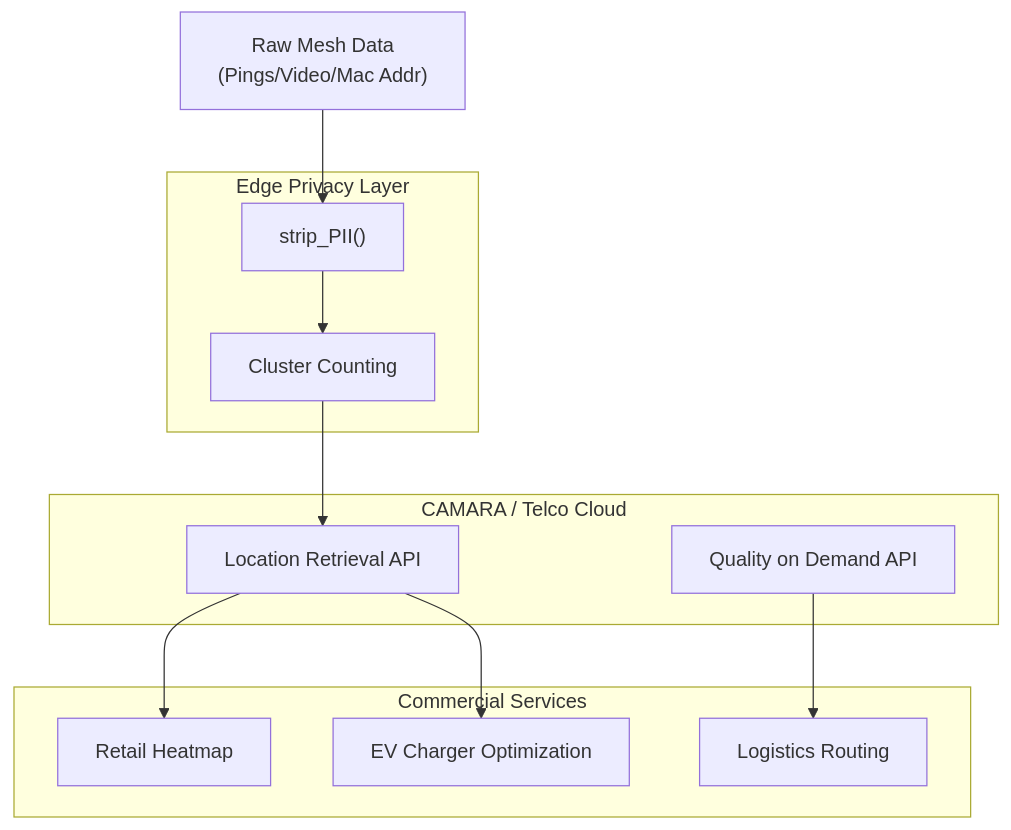
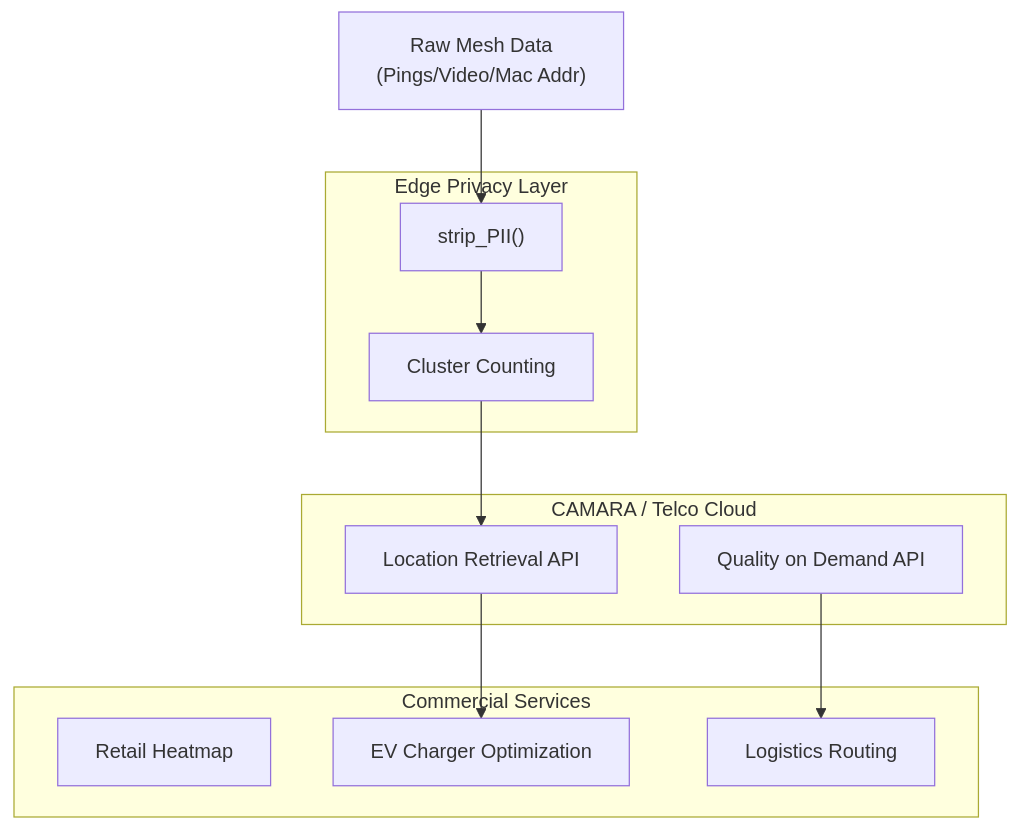
One commit to andreibesleaga/mobile-mesh-ews changed the seventh of 7 diagrams in ARCHITECTURE/System_Architectures.md. Above: the diagram before and after it, drawn with Mermaid. The commit also changed other lines of this file and 10 other files, not shown here.

````diff
--- a/ARCHITECTURE/System_Architectures.md
+++ b/ARCHITECTURE/System_Architectures.md
@@ -225,29 +248,28 @@
 ```mermaid
 graph TD
     RawData["Raw Mesh Data<br/>(Pings/Video/Mac Addr)"]
     
     subgraph Edge_Compute ["Edge Privacy Layer"]
         Anonymizer["strip_PII()"]
         Aggregate["Cluster Counting"]
     end
     
     RawData --> Anonymizer
     Anonymizer --> Aggregate
     
     subgraph Telco_API ["CAMARA / Telco Cloud"]
         LocAPI["Location Retrieval API"]
         QoDAPI["Quality on Demand API"]
     end
     
     Aggregate --> LocAPI
     
     subgraph Biz_Value ["Commercial Services"]
         Heatmap["Retail Heatmap"]
         EV_Opt["EV Charger Optimization"]
         Traffic["Logistics Routing"]
     end
     
-    LocAPI --> Heatmap
     LocAPI --> EV_Opt
     QoDAPI --> Traffic
 ```
````
